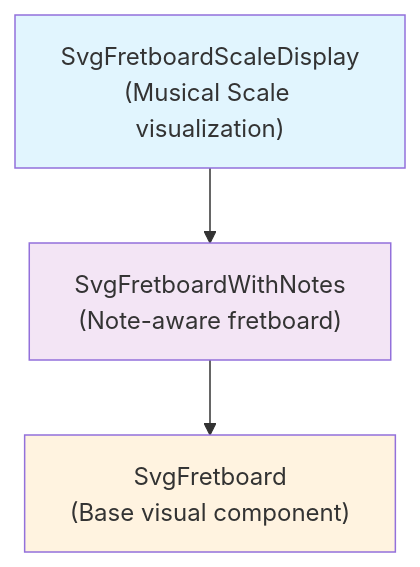
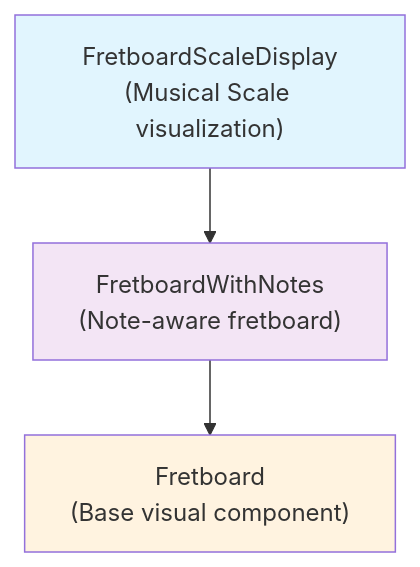
One commit to ReeezZ/rust_guitar_app changed the diagram in README.md. Above: the diagram before and after it, drawn with Mermaid. The commit also changed other lines of this file and 13 other files, not shown here.

````diff
--- a/README.md
+++ b/README.md
@@ -19,9 +50,9 @@
 ```mermaid
 graph TB
-    A["SvgFretboardScaleDisplay<br/>(Musical Scale visualization)"] --> B["SvgFretboardWithNotes<br/>(Note-aware fretboard)"]
-    B --> C["SvgFretboard<br/>(Base visual component)"]
+    A["FretboardScaleDisplay<br/>(Musical Scale visualization)"] --> B["FretboardWithNotes<br/>(Note-aware fretboard)"]
+    B --> C["Fretboard<br/>(Base visual component)"]
     
     style A fill:#e1f5fe
     style B fill:#f3e5f5  
     style C fill:#fff3e0
 ```
````
